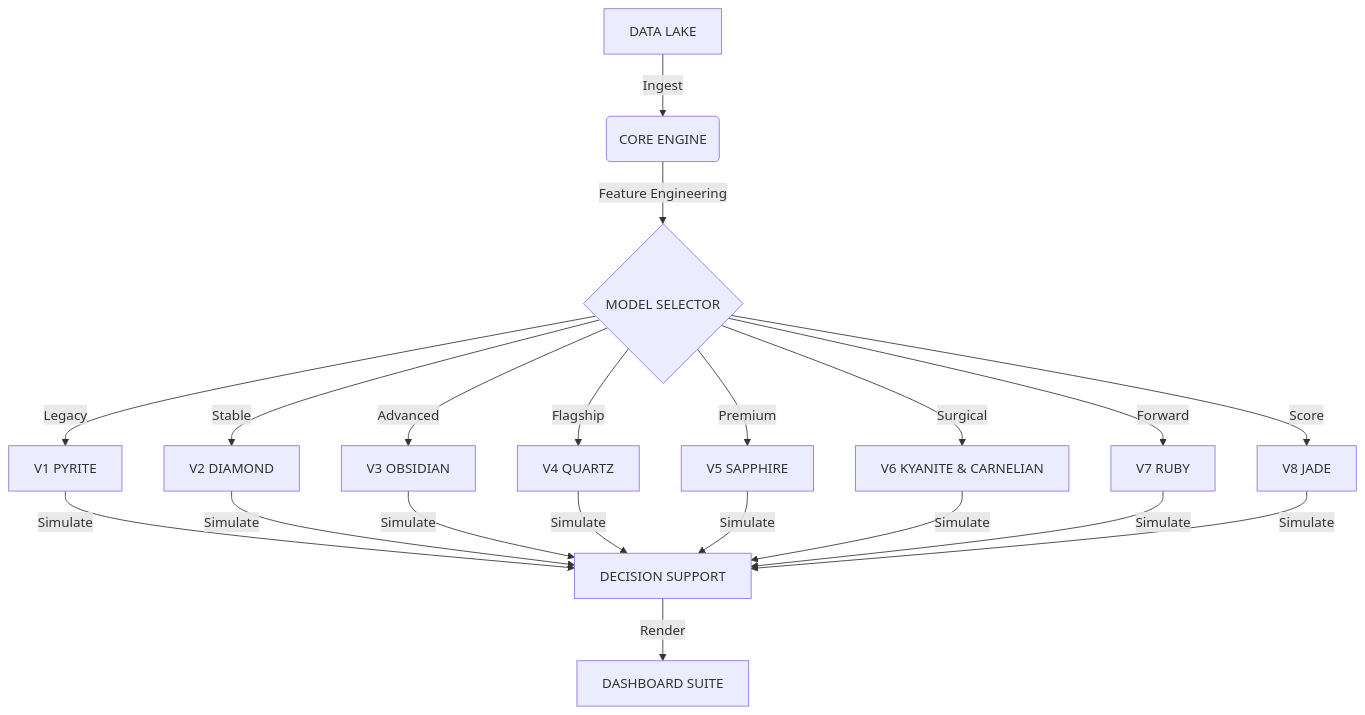
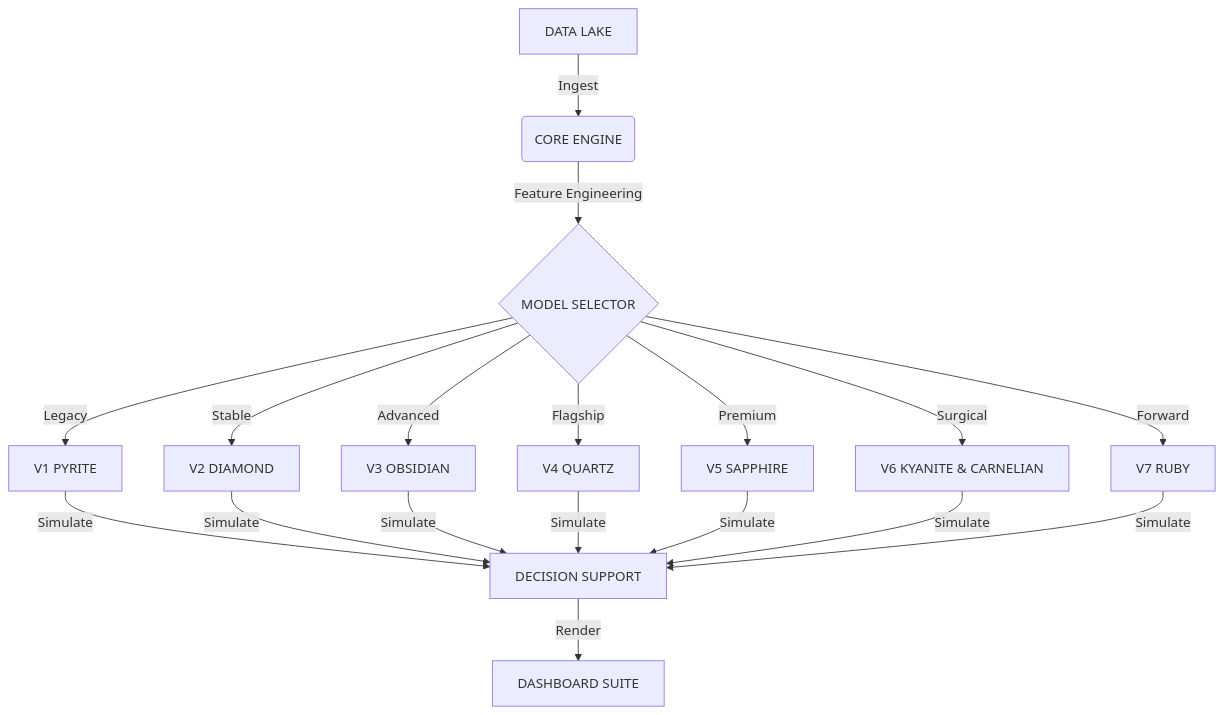
Before and after one commit to DSargent21/Quarry-Intelligence: the diagram in README.md, drawn with Mermaid. The commit also changed other lines of this file and 10 other files, not shown here.

````diff
--- a/README.md
+++ b/README.md
@@ -118,15 +101,14 @@
 ```mermaid
 graph TD
     A[DATA LAKE] -->|Ingest| B(CORE ENGINE)
     B -->|Feature Engineering| C{MODEL SELECTOR}
     C -->|Legacy| D[V1 PYRITE]
     C -->|Stable| E[V2 DIAMOND]
     C -->|Advanced| F[V3 OBSIDIAN]
     C -->|Flagship| G[V4 QUARTZ]
     C -->|Premium| J[V5 SAPPHIRE]
     C -->|Surgical| K[V6 KYANITE & CARNELIAN]
     C -->|Forward| L[V7 RUBY]
-    C -->|Score| M[V8 JADE]
-    D & E & F & G & J & K & L & M -->|Simulate| H[DECISION SUPPORT]
+    D & E & F & G & J & K & L -->|Simulate| H[DECISION SUPPORT]
     H -->|Render| I[DASHBOARD SUITE]
 ```
````
